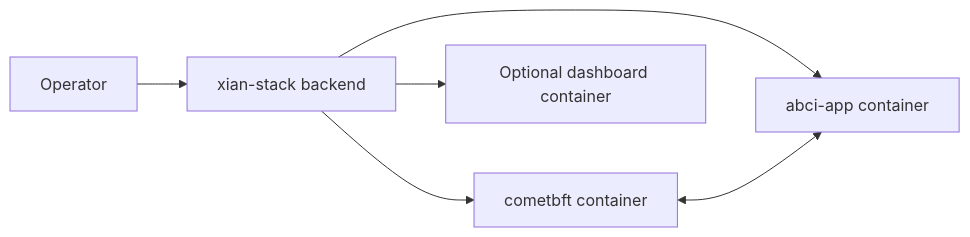
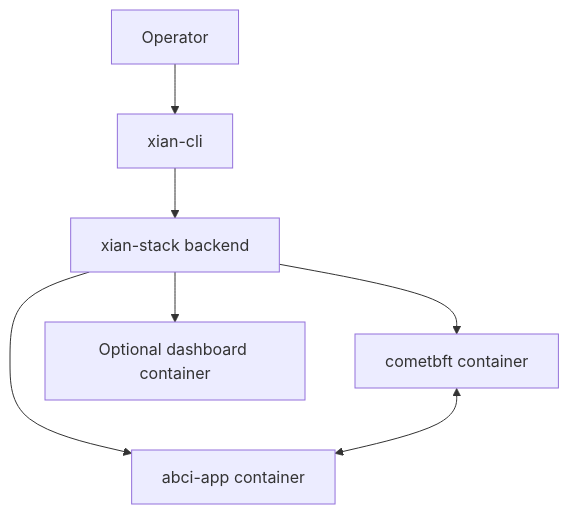
Before and after one commit to xian-technology/xian-docs-web: the second of 2 diagrams in node/architecture.md, drawn with Mermaid. The commit also changed other lines of this file and 28 other files, not shown here.

````diff
--- a/node/architecture.md
+++ b/node/architecture.md
@@ -48,14 +49,15 @@
 ```mermaid
-flowchart LR
+flowchart TD
   Operator["Operator"]
+  CLI["xian-cli"]
   Stack["xian-stack backend"]
   ABCIContainer["abci-app container"]
   CometContainer["cometbft container"]
   Dashboard["Optional dashboard container"]
 
-  Operator --> Stack
+  Operator --> CLI --> Stack
   Stack --> ABCIContainer
   Stack --> CometContainer
   Stack --> Dashboard
   CometContainer <--> ABCIContainer
 ```
````
